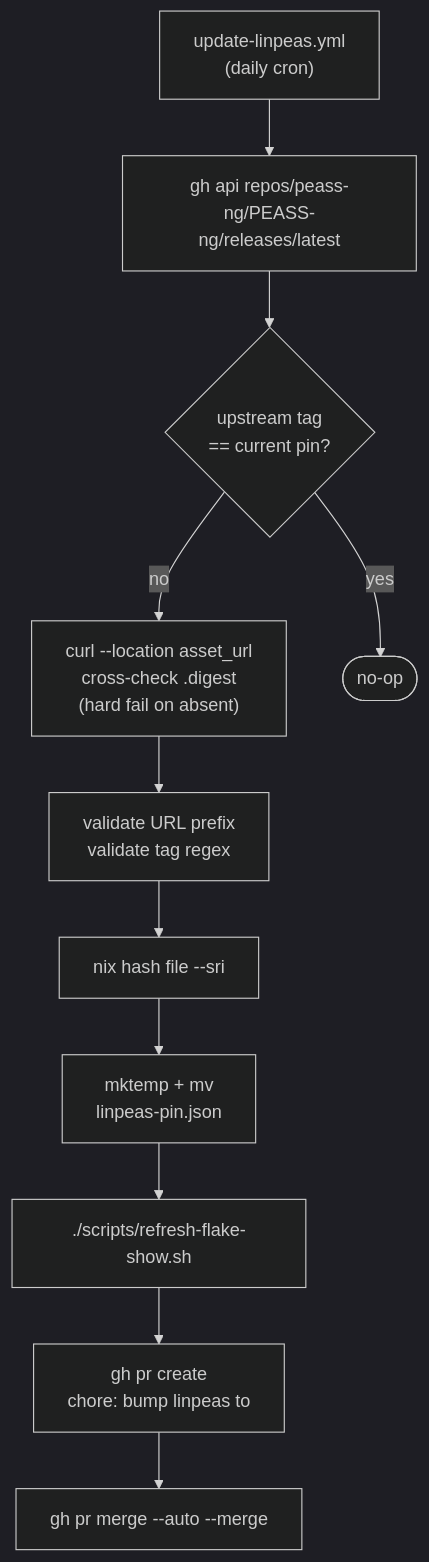
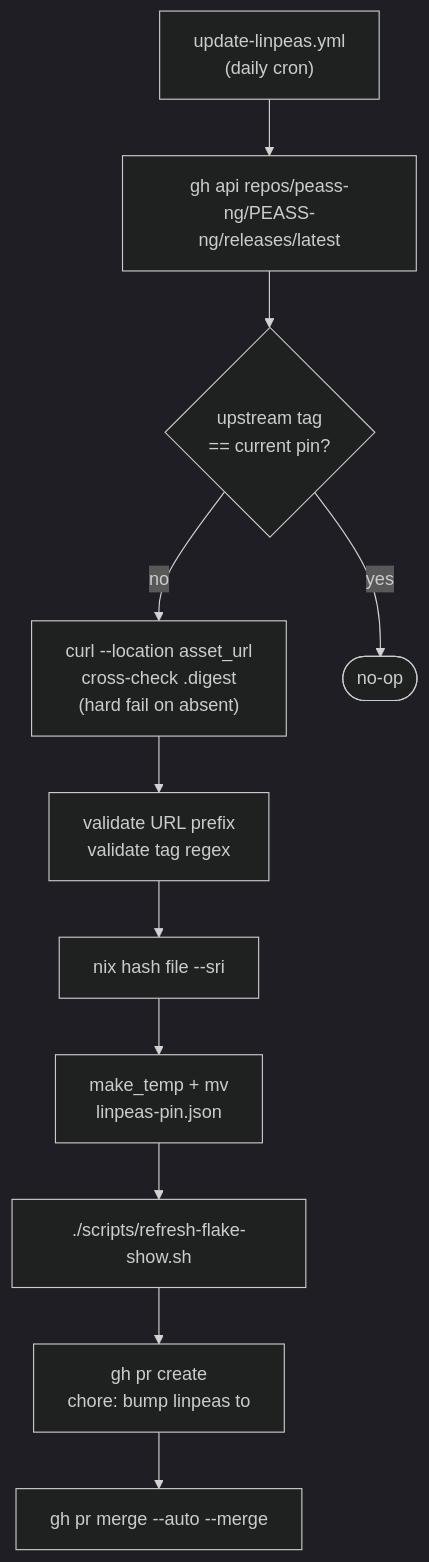
Before and after one commit to rvenutolo/linPEAS-flake: the first of 3 diagrams in docs/architecture/auto-update.md, drawn with Mermaid (dark theme).

Commit message:
docs: label the pin write with the helper the script calls
bump-linpeas.sh reaches temp files through make_temp; a bare mktemp
under scripts/ is what check-guard-exit-code.sh rejects.

````diff
--- a/docs/architecture/auto-update.md
+++ b/docs/architecture/auto-update.md
@@ -7,18 +7,18 @@
 ```mermaid
 flowchart TD
   cron["update-linpeas.yml<br/>(daily cron)"]
   api["gh api repos/peass-ng/PEASS-ng/releases/latest"]
   compare{"upstream tag<br/>== current pin?"}
   fetch["curl --location asset_url<br/>cross-check .digest<br/>(hard fail on absent)"]
   validate["validate URL prefix<br/>validate tag regex"]
   hash["nix hash file --sri"]
-  write["mktemp + mv<br/>linpeas-pin.json"]
+  write["make_temp + mv<br/>linpeas-pin.json"]
   show["./scripts/refresh-flake-show.sh"]
   pr["gh pr create<br/>chore: bump linpeas to <tag>"]
   automerge["gh pr merge --auto --merge"]
   done(["no-op"])
 
   cron --> api --> compare
   compare -- yes --> done
   compare -- no --> fetch --> validate --> hash --> write --> show --> pr --> automerge
 ```
````
